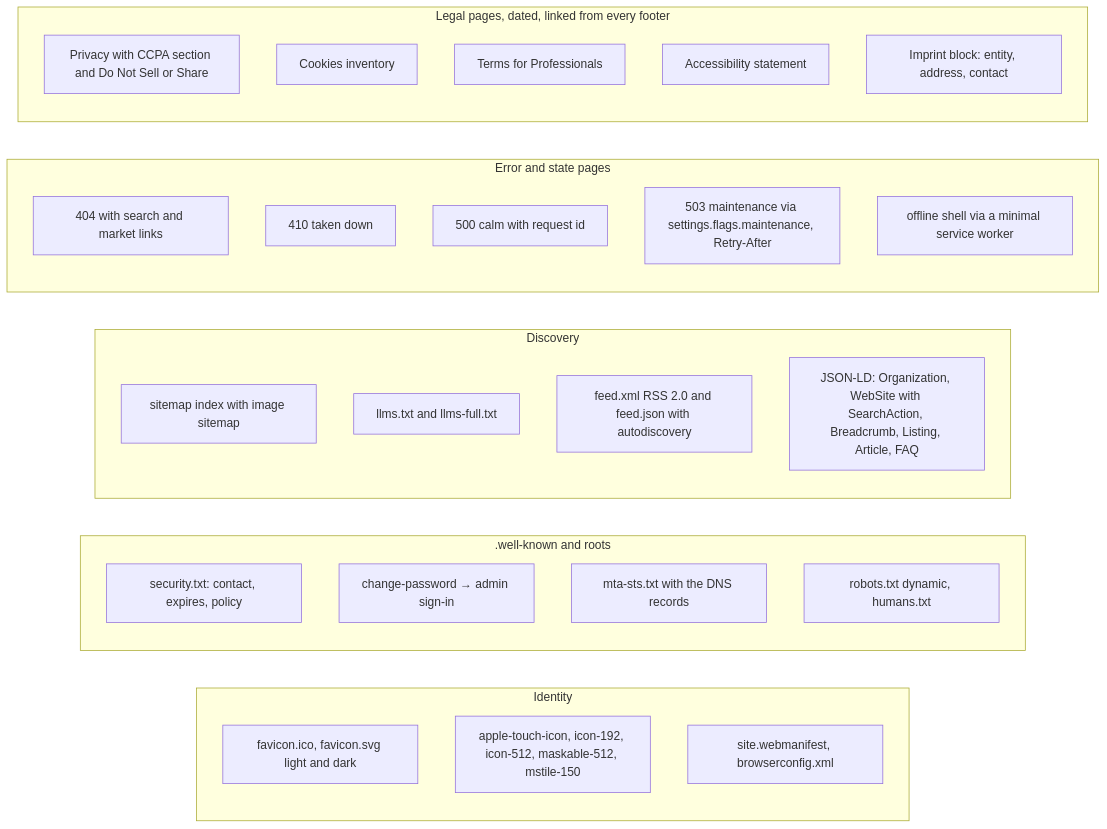
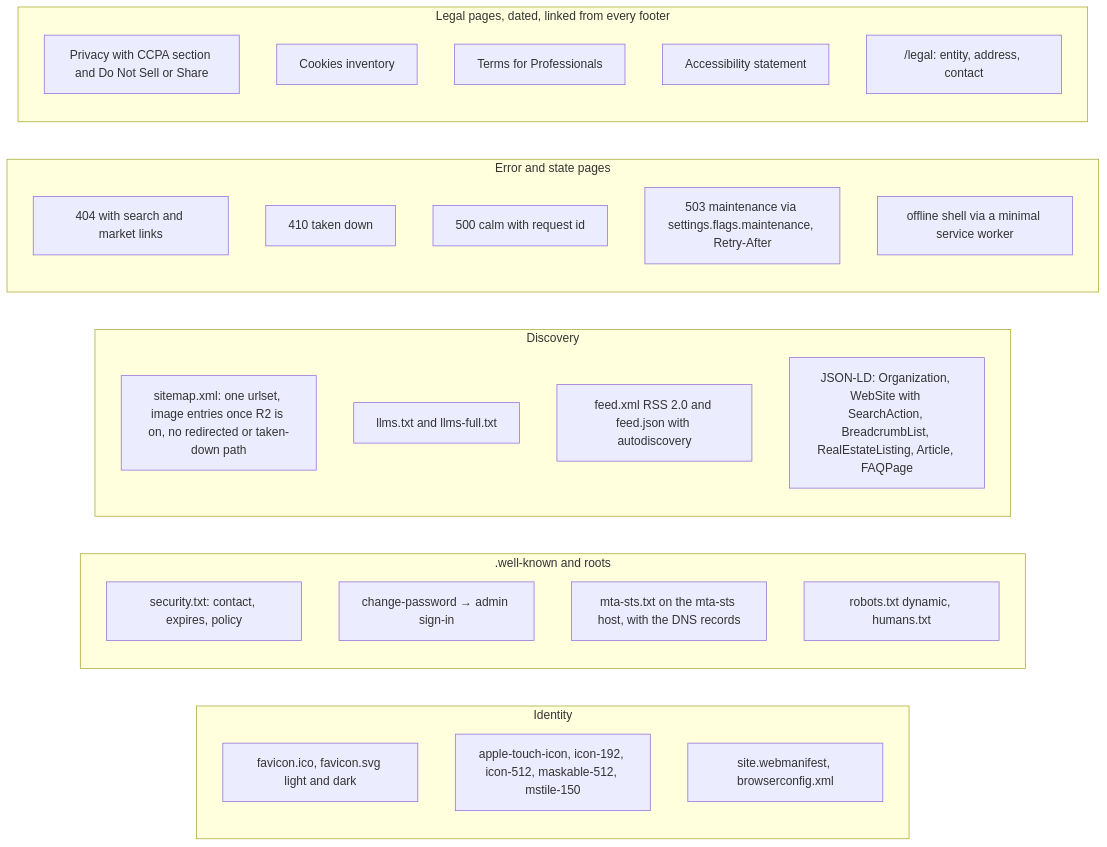
The third of 3 diagrams in workspace/03-diagrams/essentials.md (AbdulrahmanAmer/matter-of-place), drawn with Mermaid before and after one commit. The commit also changed other lines of this file and 104 other files, not shown here.

First line of the commit message:
Traceability audit rounds 5 and 6; diagrams brought in line with the plans; rulings G58 to G65

````diff
--- a/workspace/03-diagrams/essentials.md
+++ b/workspace/03-diagrams/essentials.md
@@ -43,34 +44,34 @@
 ```mermaid
 flowchart LR
   subgraph IDENT[Identity]
     F1[favicon.ico, favicon.svg light and dark]
     F2[apple-touch-icon, icon-192, icon-512, maskable-512, mstile-150]
     F3[site.webmanifest, browserconfig.xml]
   end
   subgraph WELL[".well-known and roots"]
     W1[security.txt: contact, expires, policy]
     W2[change-password → admin sign-in]
-    W3[mta-sts.txt with the DNS records]
+    W3[mta-sts.txt on the mta-sts host, with the DNS records]
     W4[robots.txt dynamic, humans.txt]
   end
   subgraph FEEDS[Discovery]
-    S1[sitemap index with image sitemap]
+    S1[sitemap.xml: one urlset, image entries once R2 is on, no redirected or taken-down path]
     S2[llms.txt and llms-full.txt]
     S3[feed.xml RSS 2.0 and feed.json with autodiscovery]
-    S4[JSON-LD: Organization, WebSite with SearchAction, Breadcrumb, Listing, Article, FAQ]
+    S4[JSON-LD: Organization, WebSite with SearchAction, BreadcrumbList, RealEstateListing, Article, FAQPage]
   end
   subgraph ERR[Error and state pages]
     E1[404 with search and market links]
     E2[410 taken down]
     E3[500 calm with request id]
     E4[503 maintenance via settings.flags.maintenance, Retry-After]
     E5[offline shell via a minimal service worker]
   end
   subgraph LEGAL[Legal pages, dated, linked from every footer]
     L1[Privacy with CCPA section and Do Not Sell or Share]
     L2[Cookies inventory]
     L3[Terms for Professionals]
     L4[Accessibility statement]
-    L5[Imprint block: entity, address, contact]
+    L5["/legal: entity, address, contact"]
   end
 ```
````
